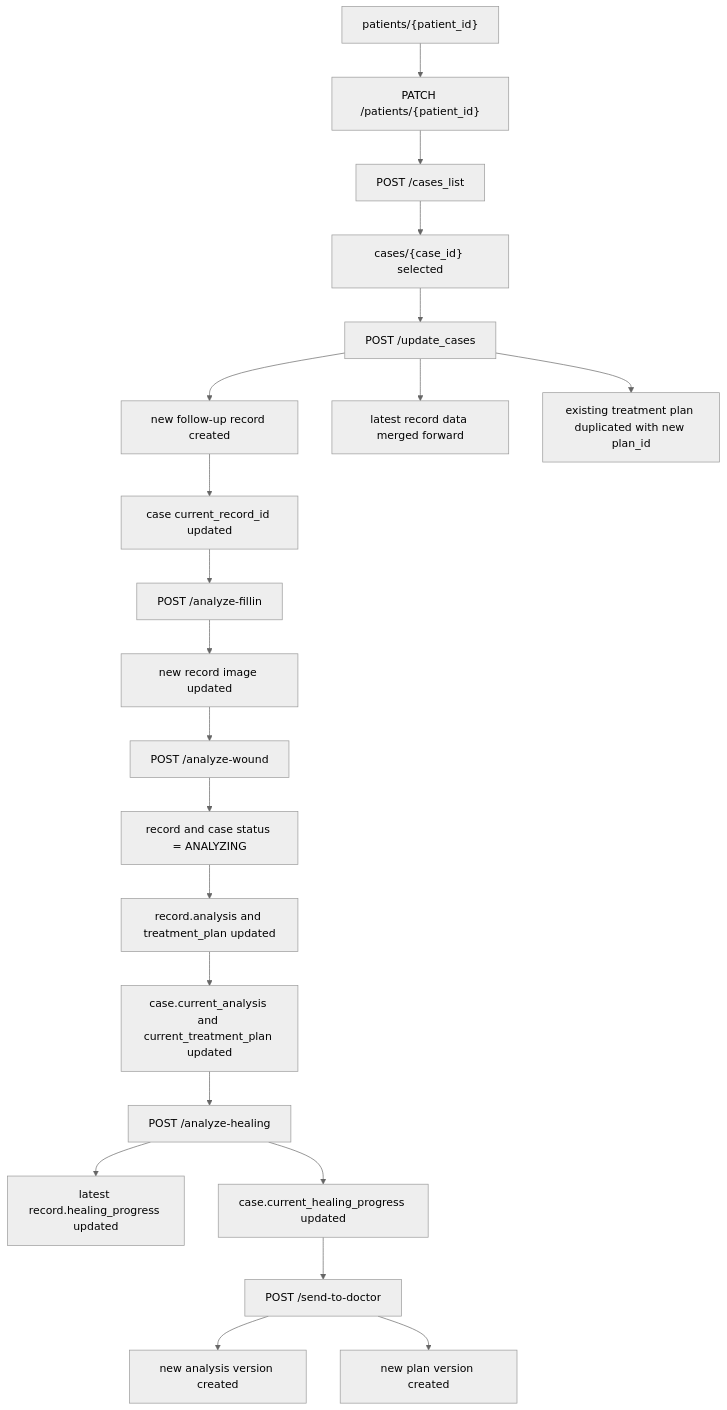
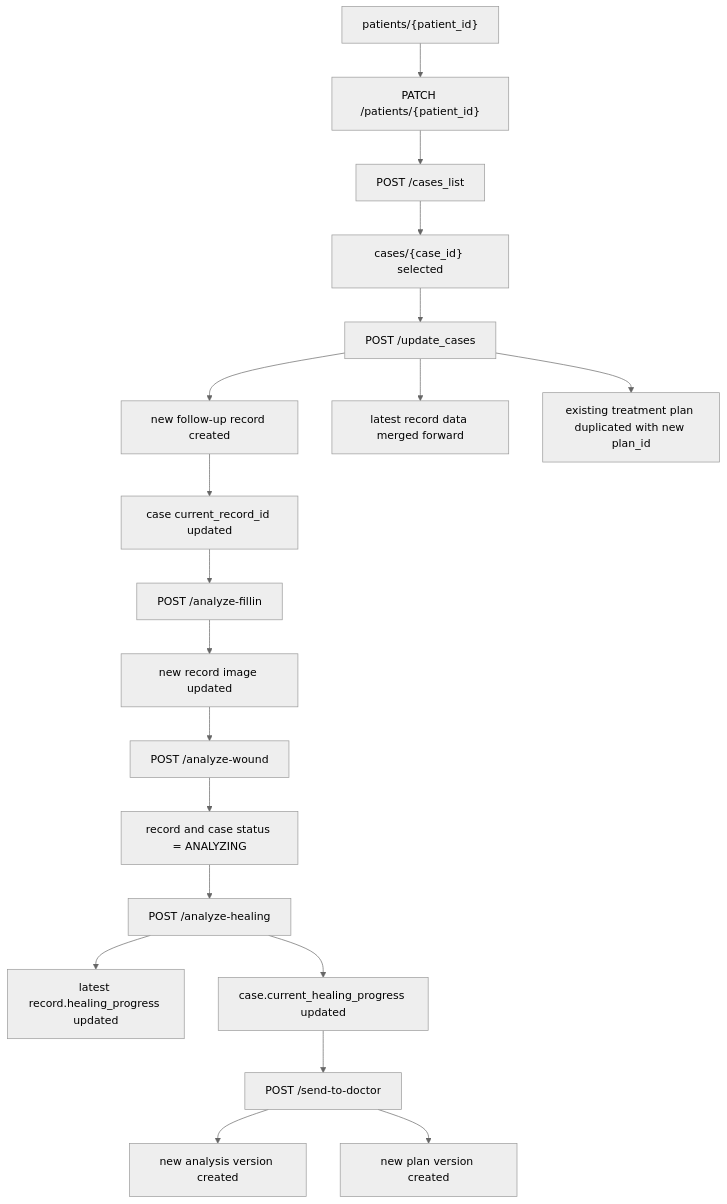
Before and after one commit to Nearonomicon/Foster-Ulcer-AI: the sixth of 10 diagrams in backend/workflow.md, drawn with Mermaid (neutral theme). The commit also changed other lines of this file and 3 other files, not shown here.

````diff
--- a/backend/workflow.md
+++ b/backend/workflow.md
@@ -258,23 +257,21 @@
 ```mermaid
 flowchart TD
     A["patients/{patient_id}"] --> B["PATCH /patients/{patient_id}"]
     B --> C[POST /cases_list]
     C --> D["cases/{case_id} selected"]
     D --> E[POST /update_cases]
     E --> F[new follow-up record created]
     E --> G[latest record data merged forward]
     E --> H[existing treatment plan duplicated with new plan_id]
     F --> I[case current_record_id updated]
     I --> J[POST /analyze-fillin]
     J --> K[new record image updated]
     K --> L[POST /analyze-wound]
     L --> M[record and case status = ANALYZING]
-    M --> N[record.analysis and treatment_plan updated]
-    N --> O[case.current_analysis and current_treatment_plan updated]
-    O --> P[POST /analyze-healing]
-    P --> Q[latest record.healing_progress updated]
-    P --> R[case.current_healing_progress updated]
-    R --> S[POST /send-to-doctor]
-    S --> T[new analysis version created]
-    S --> U[new plan version created]
+    M --> N[POST /analyze-healing]
+    N --> O[latest record.healing_progress updated]
+    N --> P[case.current_healing_progress updated]
+    P --> Q[POST /send-to-doctor]
+    Q --> R[new analysis version created]
+    Q --> S[new plan version created]
 ```
````
